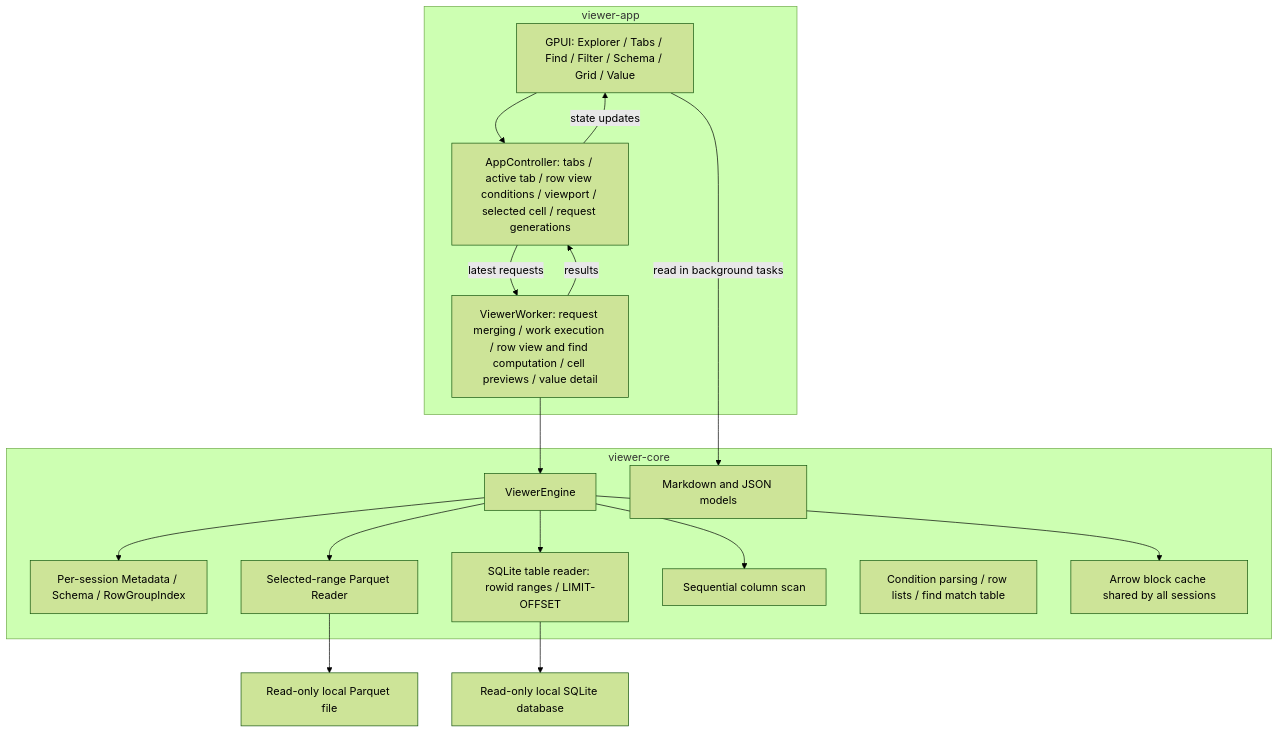
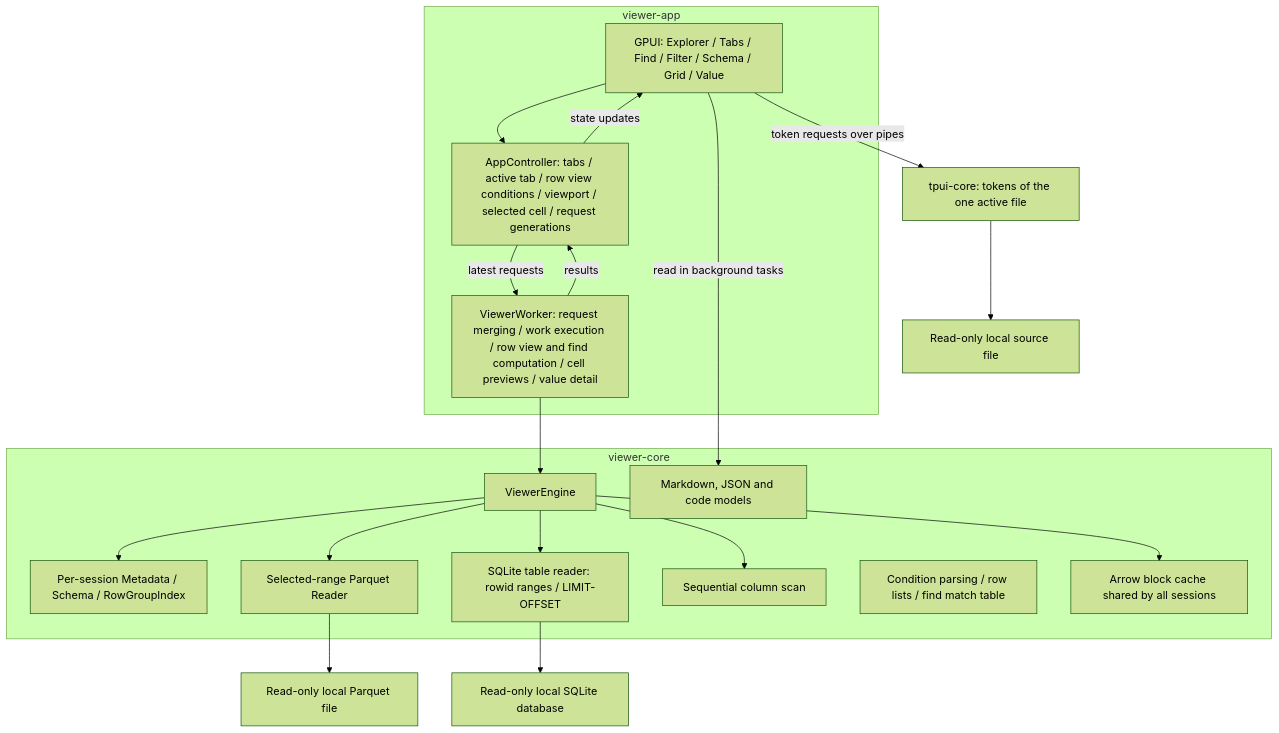
The diagram in architecture.md (GreenWojaKK/TPUI), drawn with Mermaid (forest theme) before and after one commit. The commit also changed other lines of this file and 29 other files, not shown here.

First line of the commit message:
Add code documents, JSON Lines, a usage log and opening files from Windows

````diff
--- a/architecture.md
+++ b/architecture.md
@@ -89,31 +102,33 @@
 ```mermaid
 flowchart TB
     subgraph App[viewer-app]
         UI[GPUI: Explorer / Tabs / Find / Filter / Schema / Grid / Value]
         Controller[AppController: tabs / active tab / row view conditions / viewport / selected cell / request generations]
         Worker[ViewerWorker: request merging / work execution / row view and find computation / cell previews / value detail]
         UI --> Controller
         Controller -->|latest requests| Worker
         Worker -->|results| Controller
         Controller -->|state updates| UI
     end
     subgraph Core[viewer-core]
         Engine[ViewerEngine]
         Metadata[Per-session Metadata / Schema / RowGroupIndex]
         Reader[Selected-range Parquet Reader]
         Sqlite[SQLite table reader: rowid ranges / LIMIT-OFFSET]
         Scan[Sequential column scan]
         View[Condition parsing / row lists / find match table]
         Cache[Arrow block cache shared by all sessions]
-        Documents[Markdown and JSON models]
+        Documents[Markdown, JSON and code models]
         Engine --> Metadata
         Engine --> Reader
         Engine --> Sqlite
         Engine --> Scan
         Engine --> Cache
     end
     Worker --> Engine
     UI -->|read in background tasks| Documents
+    UI -->|token requests over pipes| Lexer[tpui-core: tokens of the one active file]
+    Lexer --> Source[Read-only local source file]
     Reader --> File[Read-only local Parquet file]
     Sqlite --> Db[Read-only local SQLite database]
 ```
````
